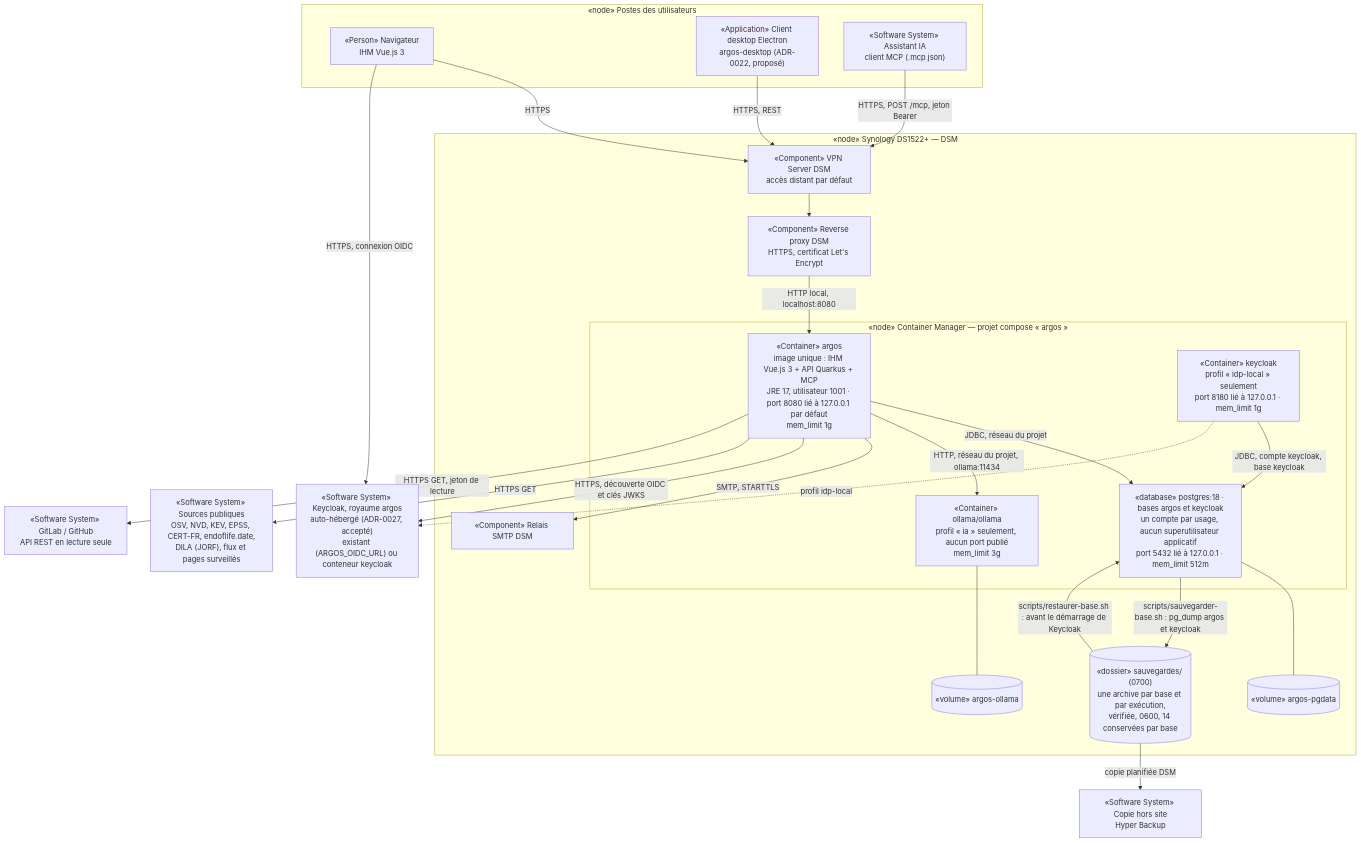
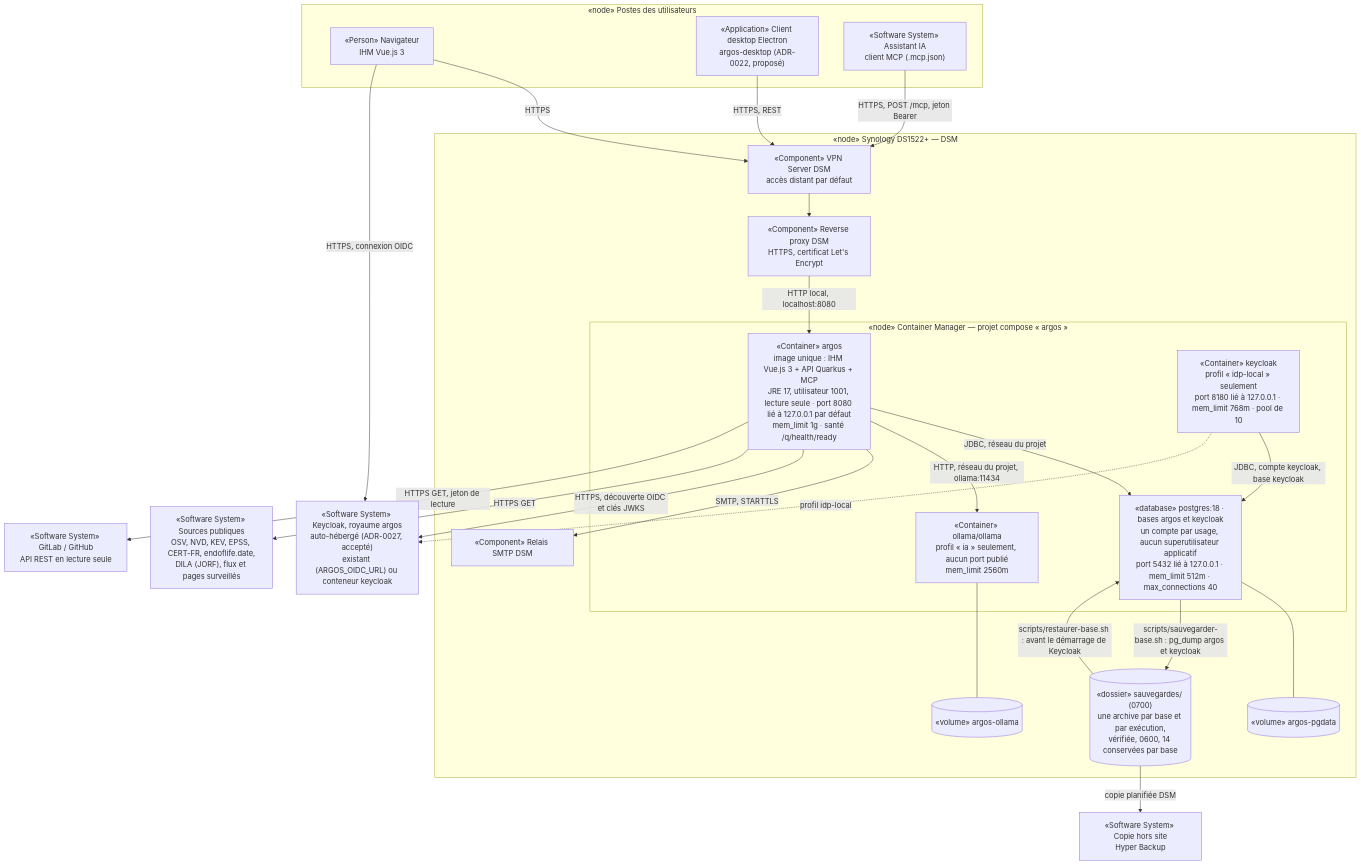
One commit to FTurleque/argos-tech-platform changed the diagram in docs/architecture/diagrams/d-11-deploiement-cible.md. Above: the diagram before and after it, drawn with Mermaid. The commit also changed other lines of this file and 15 other files, not shown here.

````diff
--- a/docs/architecture/diagrams/d-11-deploiement-cible.md
+++ b/docs/architecture/diagrams/d-11-deploiement-cible.md
@@ -5,48 +5,48 @@
 ```mermaid
 flowchart TB
     subgraph POSTES["«node» Postes des utilisateurs"]
         NAV["«Person» Navigateur\nIHM Vue.js 3"]
         DESK["«Application» Client desktop Electron\nargos-desktop (ADR-0022, proposé)"]
         ASSIST["«Software System» Assistant IA\nclient MCP (.mcp.json)"]
     end
 
     subgraph NAS["«node» Synology DS1522+ — DSM"]
         VPN["«Component» VPN Server DSM\naccès distant par défaut"]
         RP["«Component» Reverse proxy DSM\nHTTPS, certificat Let's Encrypt"]
         SMTP["«Component» Relais SMTP DSM"]
         subgraph CM["«node» Container Manager — projet compose « argos »"]
-            ARGOS["«Container» argos\nimage unique : IHM Vue.js 3 + API Quarkus + MCP\nJRE 17, utilisateur 1001 · port 8080 lié à 127.0.0.1 par défaut\nmem_limit 1g"]
-            PG["«database» postgres:18 · bases argos et keycloak\nun compte par usage, aucun superutilisateur applicatif\nport 5432 lié à 127.0.0.1 · mem_limit 512m"]
-            KCC["«Container» keycloak\nprofil « idp-local » seulement\nport 8180 lié à 127.0.0.1 · mem_limit 1g"]
-            OLL["«Container» ollama/ollama\nprofil « ia » seulement, aucun port publié\nmem_limit 3g"]
+            ARGOS["«Container» argos\nimage unique : IHM Vue.js 3 + API Quarkus + MCP\nJRE 17, utilisateur 1001, lecture seule · port 8080 lié à 127.0.0.1 par défaut\nmem_limit 1g · santé /q/health/ready"]
+            PG["«database» postgres:18 · bases argos et keycloak\nun compte par usage, aucun superutilisateur applicatif\nport 5432 lié à 127.0.0.1 · mem_limit 512m · max_connections 40"]
+            KCC["«Container» keycloak\nprofil « idp-local » seulement\nport 8180 lié à 127.0.0.1 · mem_limit 768m · pool de 10"]
+            OLL["«Container» ollama/ollama\nprofil « ia » seulement, aucun port publié\nmem_limit 2560m"]
         end
         VOLPG[("«volume» argos-pgdata")]
         VOLOL[("«volume» argos-ollama")]
         SAUV[("«dossier» sauvegardes/ (0700)\nune archive par base et par exécution,\nvérifiée, 0600, 14 conservées par base")]
     end
 
     KC["«Software System» Keycloak, royaume argos\nauto-hébergé (ADR-0027, accepté)\nexistant (ARGOS_OIDC_URL) ou conteneur keycloak"]
     HB["«Software System» Copie hors site\nHyper Backup"]
     EXT["«Software System» Sources publiques\nOSV, NVD, KEV, EPSS, CERT-FR, endoflife.date,\nDILA (JORF), flux et pages surveillés"]
     FORGES["«Software System» GitLab / GitHub\nAPI REST en lecture seule"]
 
     NAV -->|HTTPS| VPN
     DESK -->|HTTPS, REST| VPN
     ASSIST -->|HTTPS, POST /mcp, jeton Bearer| VPN
     VPN --> RP
     RP -->|HTTP local, localhost:8080| ARGOS
     ARGOS -->|JDBC, réseau du projet| PG
     ARGOS -->|HTTP, réseau du projet, ollama:11434| OLL
     ARGOS -->|SMTP, STARTTLS| SMTP
     ARGOS -->|HTTPS, découverte OIDC et clés JWKS| KC
     NAV -->|HTTPS, connexion OIDC| KC
     ARGOS -->|HTTPS GET| EXT
     ARGOS -->|HTTPS GET, jeton de lecture| FORGES
     PG --- VOLPG
     OLL --- VOLOL
     KCC -->|JDBC, compte keycloak, base keycloak| PG
     KCC -.->|profil idp-local| KC
     PG -->|scripts/sauvegarder-base.sh : pg_dump argos et keycloak| SAUV
     SAUV -->|scripts/restaurer-base.sh : avant le démarrage de Keycloak| PG
     SAUV -->|copie planifiée DSM| HB
 ```
````
